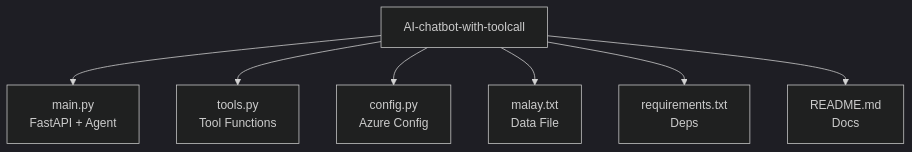
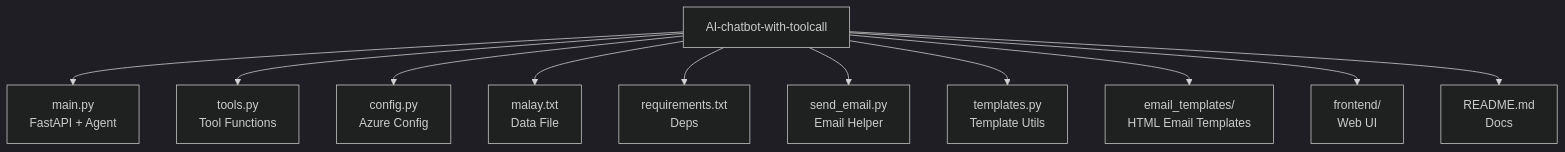
One commit to MalayJain412/AI-chatbot-with-toolcall changed the second of 3 diagrams in README.md. Above: the diagram before and after it, drawn with Mermaid (dark theme). The commit also changed other lines of this file, not shown here.

Commit message:
Add frontend UI documentation and project structure updates in README

````diff
--- a/README.md
+++ b/README.md
@@ -93,9 +101,13 @@
 ```mermaid
 graph TD
     A[AI-chatbot-with-toolcall] --> B[main.py<br/>FastAPI + Agent]
     A --> C[tools.py<br/>Tool Functions]
     A --> D[config.py<br/>Azure Config]
     A --> E[malay.txt<br/>Data File]
     A --> F[requirements.txt<br/>Deps]
-    A --> G[README.md<br/>Docs]
+    A --> G[send_email.py<br/>Email Helper]
+    A --> H[templates.py<br/>Template Utils]
+    A --> I[email_templates/<br/>HTML Email Templates]
+    A --> J[frontend/<br/>Web UI]
+    A --> K[README.md<br/>Docs]
 ```
````
